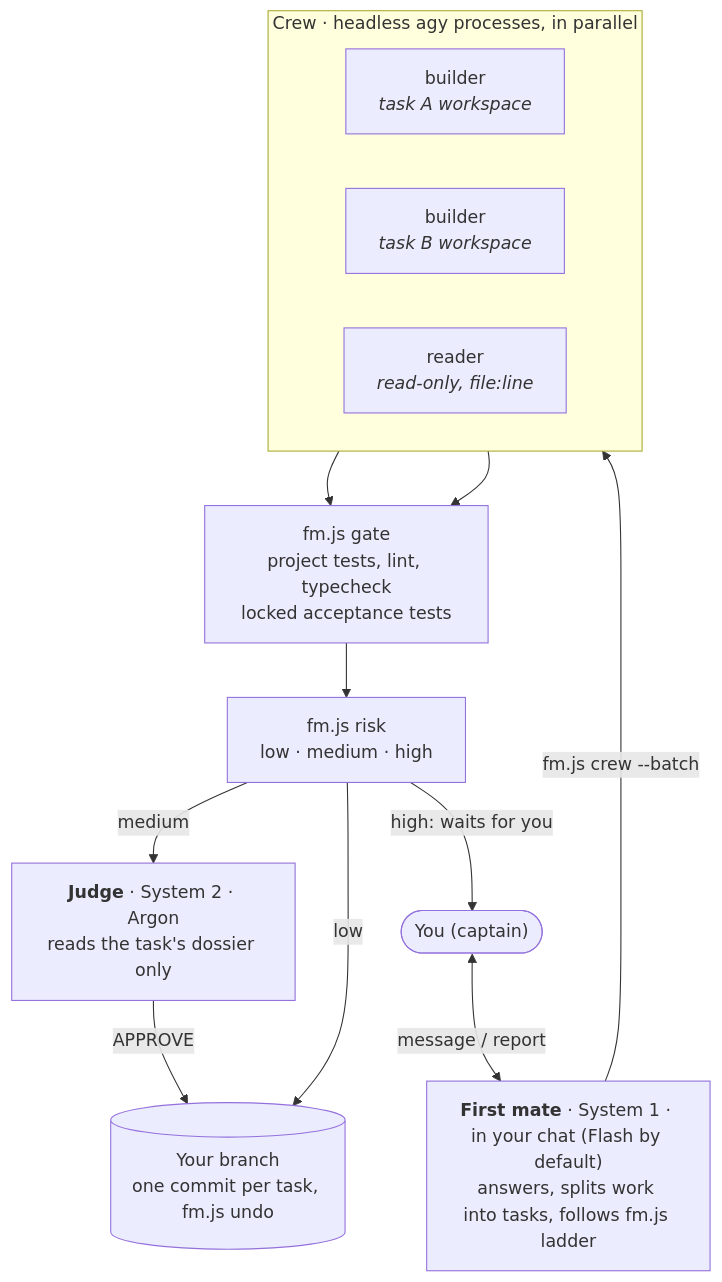
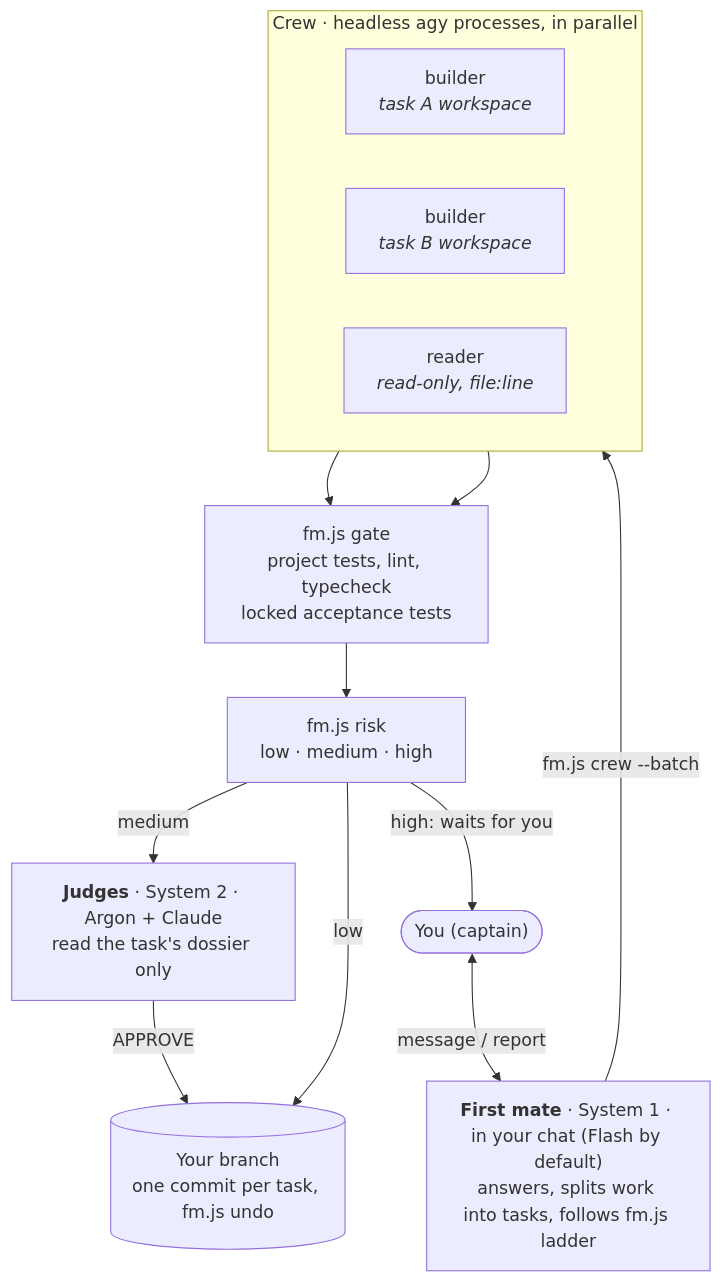
One commit to cuongtt0201/antigravity-firstmate changed the diagram in README.md. Above: the diagram before and after it, drawn with Mermaid. The commit also changed other lines of this file and 13 other files, not shown here.

````diff
--- a/README.md
+++ b/README.md
@@ -43,25 +44,25 @@
 ```mermaid
 flowchart TB
   you(["You (captain)"])
   fm["<b>First mate</b> · System 1 · in your chat (Flash by default)<br/>answers, splits work into tasks, follows fm.js ladder"]
   subgraph crew["Crew · headless agy processes, in parallel"]
     direction LR
     b1["builder<br/><i>task A workspace</i>"]
     b2["builder<br/><i>task B workspace</i>"]
     rd["reader<br/><i>read-only, file:line</i>"]
   end
   gate["fm.js gate<br/>project tests, lint, typecheck<br/>locked acceptance tests"]
   risk["fm.js risk<br/>low · medium · high"]
-  judge["<b>Judge</b> · System 2 · Argon<br/>reads the task's dossier only"]
+  judge["<b>Judges</b> · System 2 · Argon + Claude<br/>read the task's dossier only"]
   tree[("Your branch<br/>one commit per task, fm.js undo")]
 
   you <-->|"message / report"| fm
   fm -->|"fm.js crew --batch"| crew
   b1 --> gate
   b2 --> gate
   gate --> risk
   risk -->|"medium"| judge
   judge -->|"APPROVE"| tree
   risk -->|"low"| tree
   risk -->|"high: waits for you"| you
 ```
````
